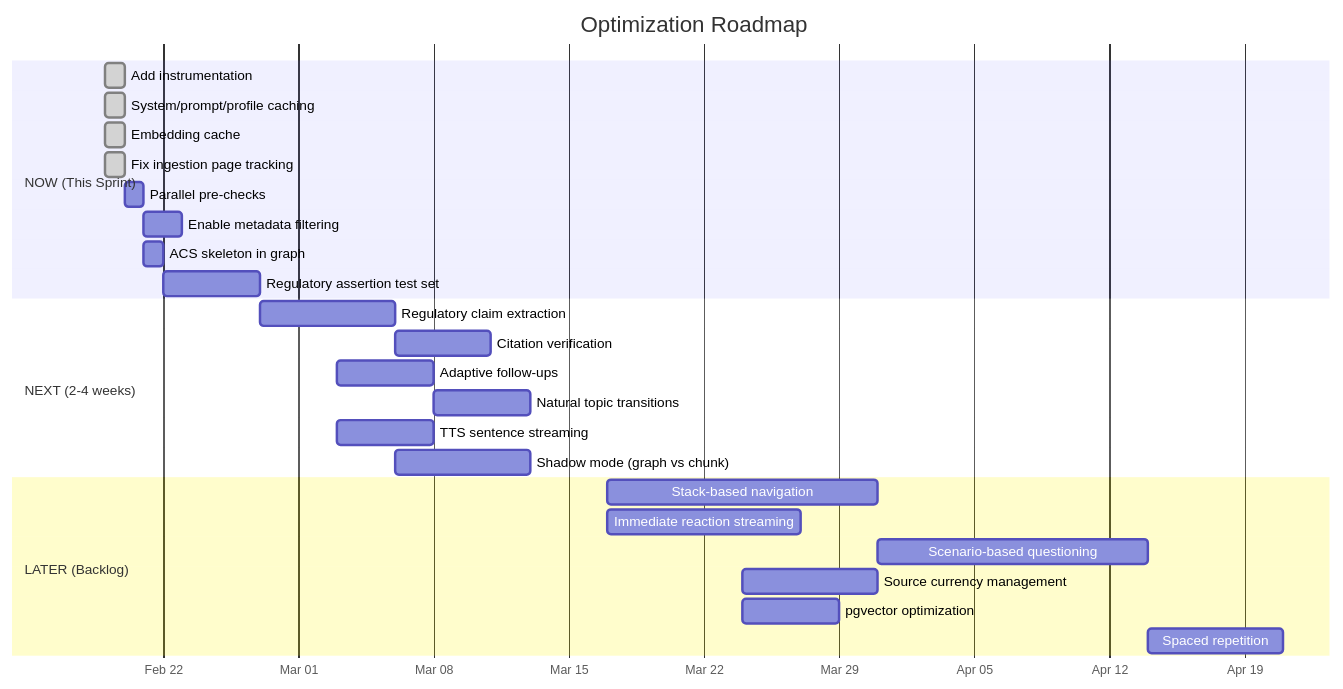
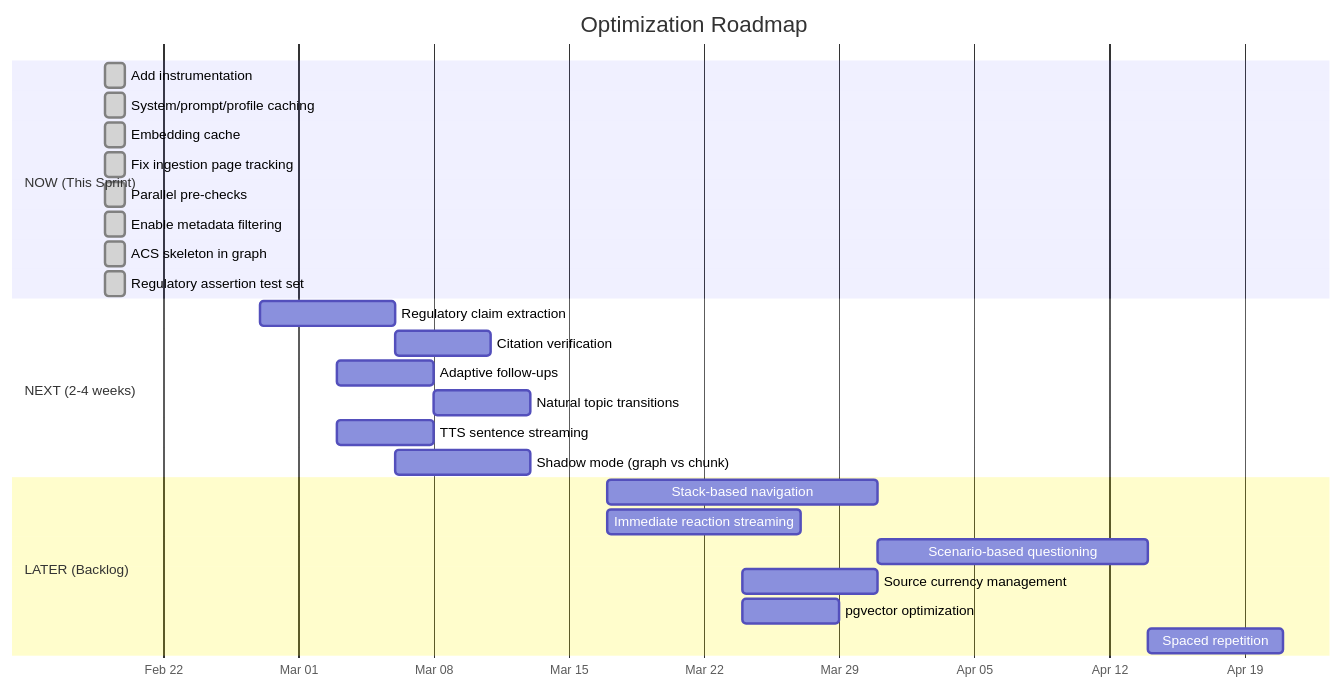
Before and after one commit to piotrdlg/aviation-oral-exam-companion: the second of 2 diagrams in docs/system-audit/07 - Optimization Roadmap.md, drawn with Mermaid. The commit also changed other lines of this file and 7 other files, not shown here.

````diff
--- a/docs/system-audit/07 - Optimization Roadmap.md
+++ b/docs/system-audit/07 - Optimization Roadmap.md
@@ -280,32 +274,32 @@
 ```mermaid
 gantt
     title Optimization Roadmap
     dateFormat YYYY-MM-DD
     axisFormat %b %d
 
     section NOW (This Sprint)
     Add instrumentation                    :done, n1, 2026-02-19, 1d
     System/prompt/profile caching          :done, n2, 2026-02-19, 1d
     Embedding cache                        :done, n2b, 2026-02-19, 1d
     Fix ingestion page tracking            :done, n2c, 2026-02-19, 1d
-    Parallel pre-checks                    :n3, 2026-02-20, 1d
-    Enable metadata filtering              :n4, 2026-02-21, 2d
-    ACS skeleton in graph                  :n5, 2026-02-21, 1d
-    Regulatory assertion test set          :n6, 2026-02-22, 5d
+    Parallel pre-checks                    :done, n3, 2026-02-19, 1d
+    Enable metadata filtering              :done, n4, 2026-02-19, 1d
+    ACS skeleton in graph                  :done, n5, 2026-02-19, 1d
+    Regulatory assertion test set          :done, n6, 2026-02-19, 1d
 
     section NEXT (2-4 weeks)
     Regulatory claim extraction            :x2, 2026-02-27, 7d
     Citation verification                  :x3, after x2, 5d
     Adaptive follow-ups                    :x4, 2026-03-03, 5d
     Natural topic transitions              :x5, after x4, 5d
     TTS sentence streaming                 :x6, 2026-03-03, 5d
     Shadow mode (graph vs chunk)           :x7, after x2, 7d
 
     section LATER (Backlog)
     Stack-based navigation                 :l1, 2026-03-17, 14d
     Immediate reaction streaming           :l2, 2026-03-17, 10d
     Scenario-based questioning             :l3, after l1, 14d
     Source currency management             :l4, 2026-03-24, 7d
     pgvector optimization                  :l5, 2026-03-24, 5d
     Spaced repetition                      :l6, after l3, 7d
 ```
````
